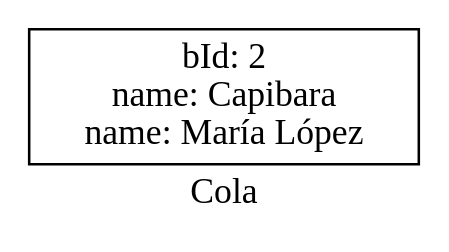
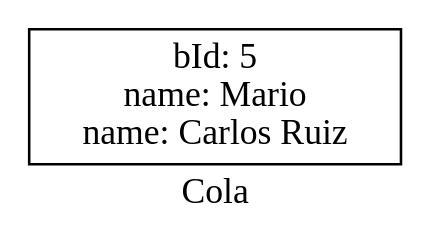
Before and after one commit to marcosbondel/IPC2_ProyectoVD2024_202202410: the diagram in Proyecto1/dot_reports/queue.dot, drawn with Graphviz. The commit also changed 18 other files, not shown here.

```diff
--- a/Proyecto1/dot_reports/queue.dot
+++ b/Proyecto1/dot_reports/queue.dot
@@ -1,6 +1,6 @@
 digraph G {
             rankdir="RL";
             label="Cola";
             node[shape=box];
-        nodo0[label="bId: 2\nname: Capibara\nname: María López\n"];
+        nodo0[label="bId: 5\nname: Mario\nname: Carlos Ruiz\n"];
 }
```
